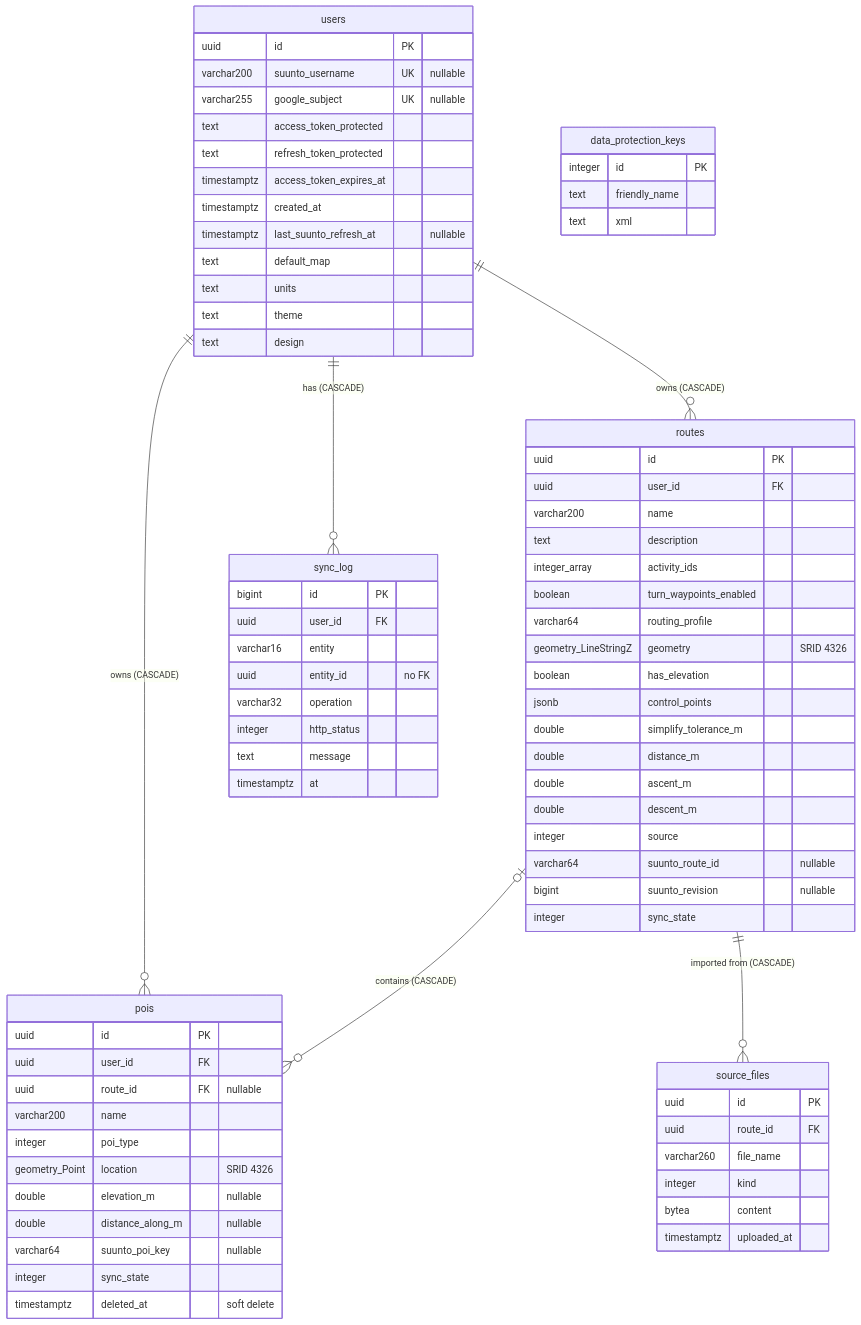
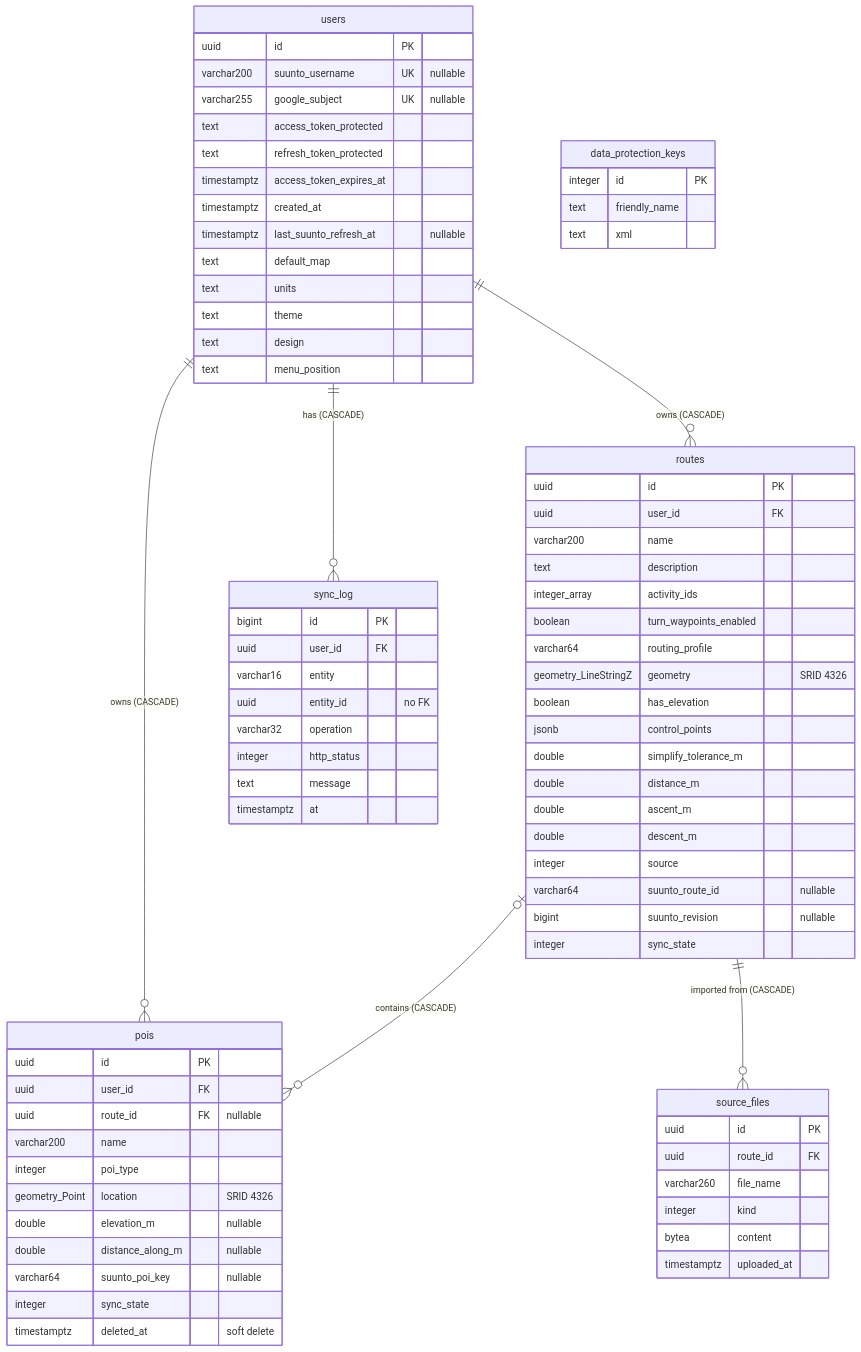
Before and after one commit to panoskrt/atrapos: the diagram in docs/database.md, drawn with Mermaid. The commit also changed other lines of this file and 21 other files, not shown here.

Commit message:
Same menu style and menu position per user preference acrosss themes.

````diff
--- a/docs/database.md
+++ b/docs/database.md
@@ -53,79 +53,80 @@
 ```mermaid
 erDiagram
     users ||--o{ routes : "owns (CASCADE)"
     users ||--o{ pois : "owns (CASCADE)"
     users ||--o{ sync_log : "has (CASCADE)"
     routes |o--o{ pois : "contains (CASCADE)"
     routes ||--o{ source_files : "imported from (CASCADE)"
 
     users {
         uuid id PK
         varchar200 suunto_username UK "nullable"
         varchar255 google_subject UK "nullable"
         text access_token_protected
         text refresh_token_protected
         timestamptz access_token_expires_at
         timestamptz created_at
         timestamptz last_suunto_refresh_at "nullable"
         text default_map
         text units
         text theme
         text design
+        text menu_position
     }
     routes {
         uuid id PK
         uuid user_id FK
         varchar200 name
         text description
         integer_array activity_ids
         boolean turn_waypoints_enabled
         varchar64 routing_profile
         geometry_LineStringZ geometry "SRID 4326"
         boolean has_elevation
         jsonb control_points
         double simplify_tolerance_m
         double distance_m
         double ascent_m
         double descent_m
         integer source
         varchar64 suunto_route_id "nullable"
         bigint suunto_revision "nullable"
         integer sync_state
     }
     pois {
         uuid id PK
         uuid user_id FK
         uuid route_id FK "nullable"
         varchar200 name
         integer poi_type
         geometry_Point location "SRID 4326"
         double elevation_m "nullable"
         double distance_along_m "nullable"
         varchar64 suunto_poi_key "nullable"
         integer sync_state
         timestamptz deleted_at "soft delete"
     }
     source_files {
         uuid id PK
         uuid route_id FK
         varchar260 file_name
         integer kind
         bytea content
         timestamptz uploaded_at
     }
     sync_log {
         bigint id PK
         uuid user_id FK
         varchar16 entity
         uuid entity_id "no FK"
         varchar32 operation
         integer http_status
         text message
         timestamptz at
     }
     data_protection_keys {
         integer id PK
         text friendly_name
         text xml
     }
 ```
````
